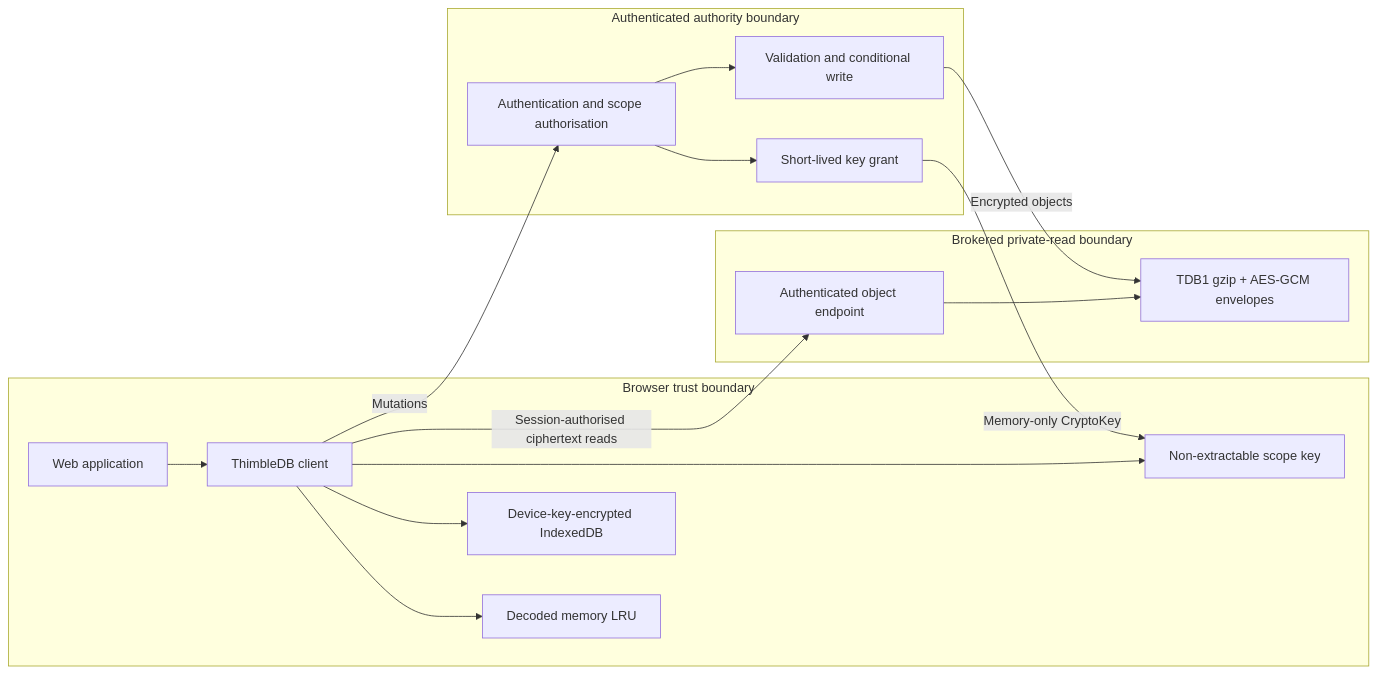
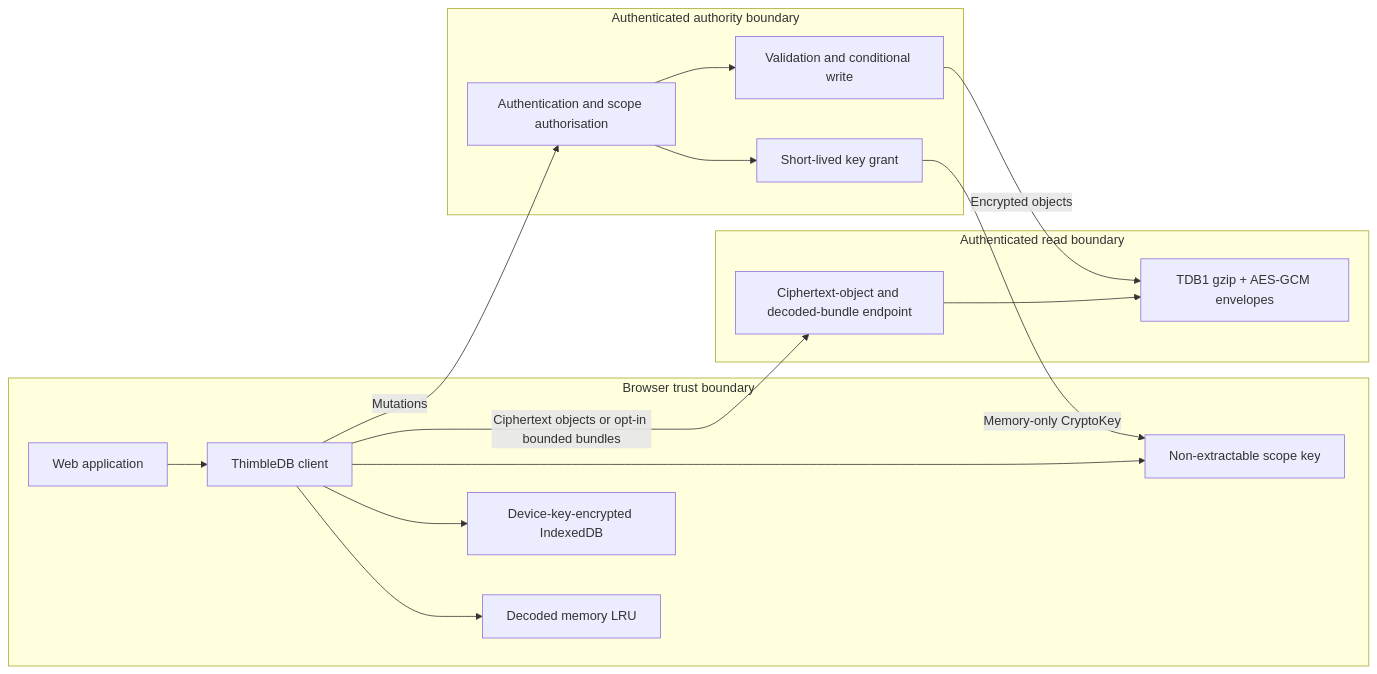
The first of 2 diagrams in README.md (Jason-Doyle/thimble), drawn with Mermaid before and after one commit. The commit also changed other lines of this file and 32 other files, not shown here.

````diff
--- a/README.md
+++ b/README.md
@@ -24,34 +26,34 @@
 ```mermaid
 flowchart LR
   subgraph Browser["Browser trust boundary"]
     App["Web application"]
     Client["ThimbleDB client"]
     Memory["Decoded memory LRU"]
     IDB["Device-key-encrypted IndexedDB"]
     ScopeKey["Non-extractable scope key"]
 
     App --> Client
     Client --> Memory
     Client --> IDB
     Client --> ScopeKey
   end
 
-  subgraph ReadPath["Brokered private-read boundary"]
-    Domain["Authenticated object endpoint"]
+  subgraph ReadPath["Authenticated read boundary"]
+    Domain["Ciphertext-object and decoded-bundle endpoint"]
     Objects["TDB1 gzip + AES-GCM envelopes"]
     Domain --> Objects
   end
 
   subgraph Authority["Authenticated authority boundary"]
     Auth["Authentication and scope authorisation"]
     Grant["Short-lived key grant"]
     Write["Validation and conditional write"]
     Auth --> Grant
     Auth --> Write
   end
 
-  Client -- "Session-authorised ciphertext reads" --> Domain
+  Client -- "Ciphertext objects or opt-in bounded bundles" --> Domain
   Client -- "Mutations" --> Auth
   Grant -- "Memory-only CryptoKey" --> ScopeKey
   Write -- "Encrypted objects" --> Objects
 ```
````
